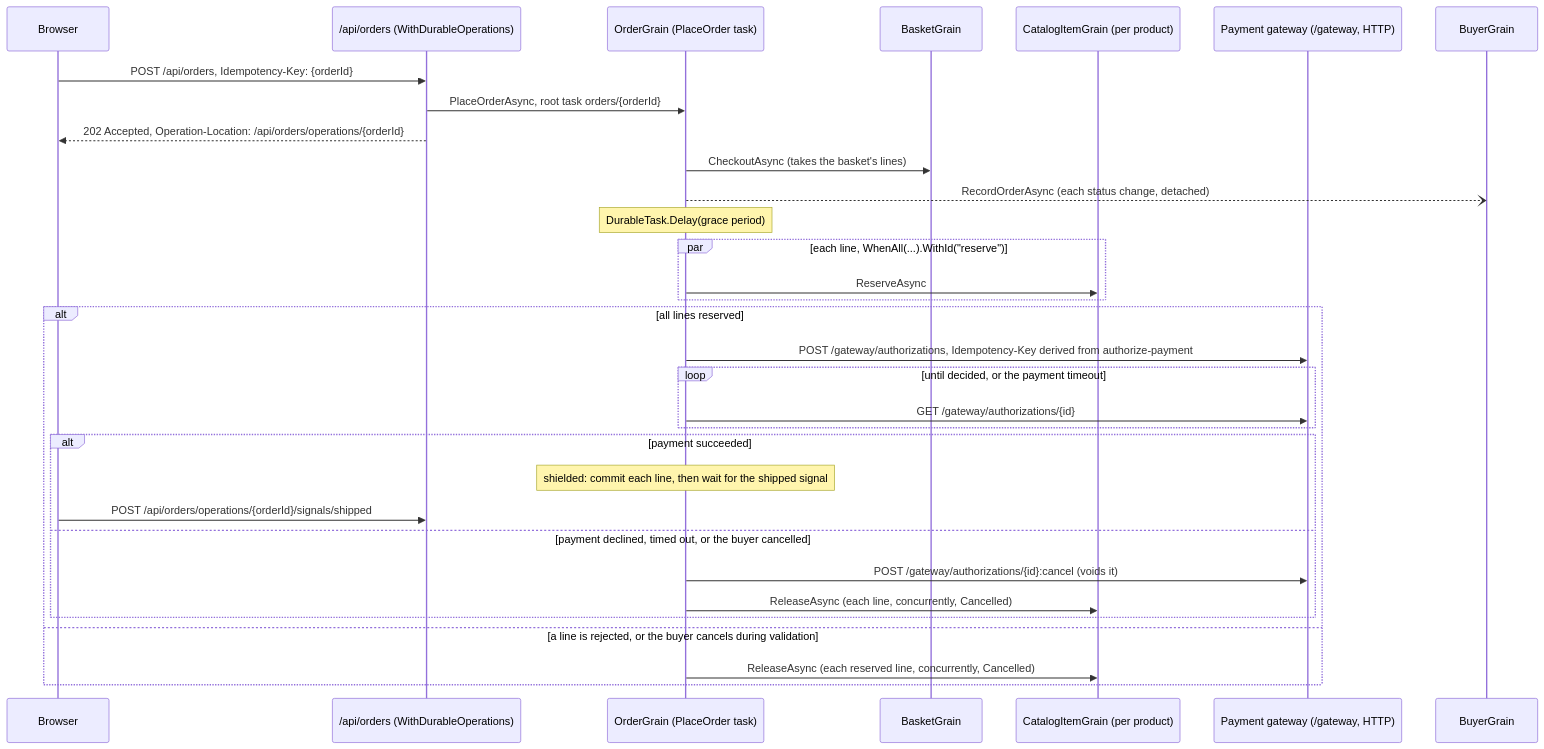
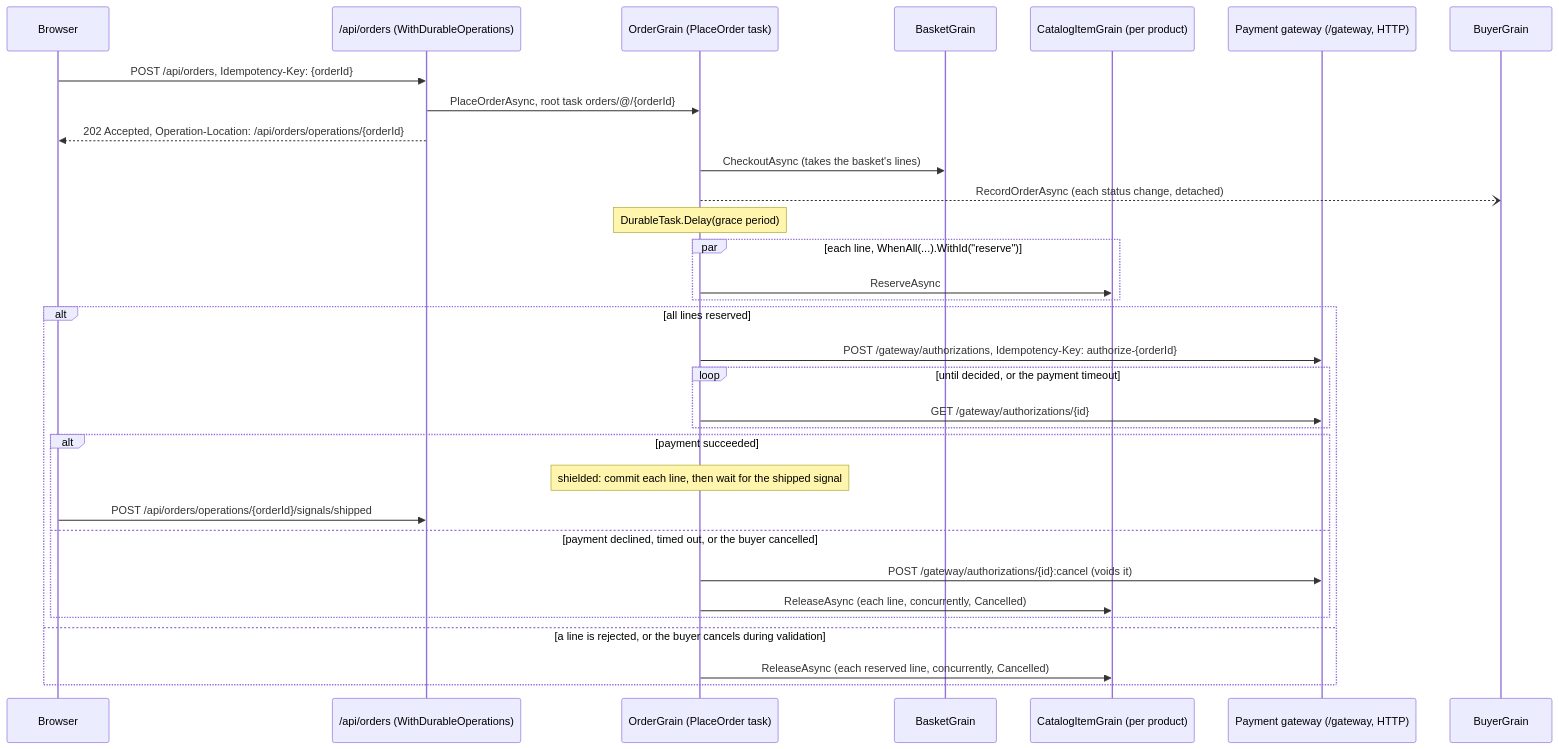
The diagram in playground/DurableOrderProcessing/README.md (dotnet/orleans), drawn with Mermaid before and after one commit. The commit also changed other lines of this file and 4 other files, not shown here.

First line of the commit message:
fix(playground): void abandoned authorizations and replay orders across deactivations [#11517]

````diff
--- a/playground/DurableOrderProcessing/README.md
+++ b/playground/DurableOrderProcessing/README.md
@@ -17,34 +17,34 @@
 ```mermaid
 sequenceDiagram
     participant Browser
     participant Api as /api/orders (WithDurableOperations)
     participant Order as OrderGrain (PlaceOrder task)
     participant Basket as BasketGrain
     participant Catalog as CatalogItemGrain (per product)
     participant Gateway as Payment gateway (/gateway, HTTP)
     participant Buyer as BuyerGrain
     Browser->>Api: POST /api/orders, Idempotency-Key: {orderId}
-    Api->>Order: PlaceOrderAsync, root task orders/{orderId}
+    Api->>Order: PlaceOrderAsync, root task orders/@/{orderId}
     Api-->>Browser: 202 Accepted, Operation-Location: /api/orders/operations/{orderId}
     Order->>Basket: CheckoutAsync (takes the basket's lines)
     Order--)Buyer: RecordOrderAsync (each status change, detached)
     Note over Order: DurableTask.Delay(grace period)
     par each line, WhenAll(...).WithId("reserve")
         Order->>Catalog: ReserveAsync
     end
     alt all lines reserved
-        Order->>Gateway: POST /gateway/authorizations, Idempotency-Key derived from authorize-payment
+        Order->>Gateway: POST /gateway/authorizations, Idempotency-Key: authorize-{orderId}
         loop until decided, or the payment timeout
             Order->>Gateway: GET /gateway/authorizations/{id}
         end
         alt payment succeeded
             Note over Order: shielded: commit each line, then wait for the shipped signal
             Browser->>Api: POST /api/orders/operations/{orderId}/signals/shipped
         else payment declined, timed out, or the buyer cancelled
             Order->>Gateway: POST /gateway/authorizations/{id}:cancel (voids it)
             Order->>Catalog: ReleaseAsync (each line, concurrently, Cancelled)
         end
     else a line is rejected, or the buyer cancels during validation
         Order->>Catalog: ReleaseAsync (each reserved line, concurrently, Cancelled)
     end
 ```
````
